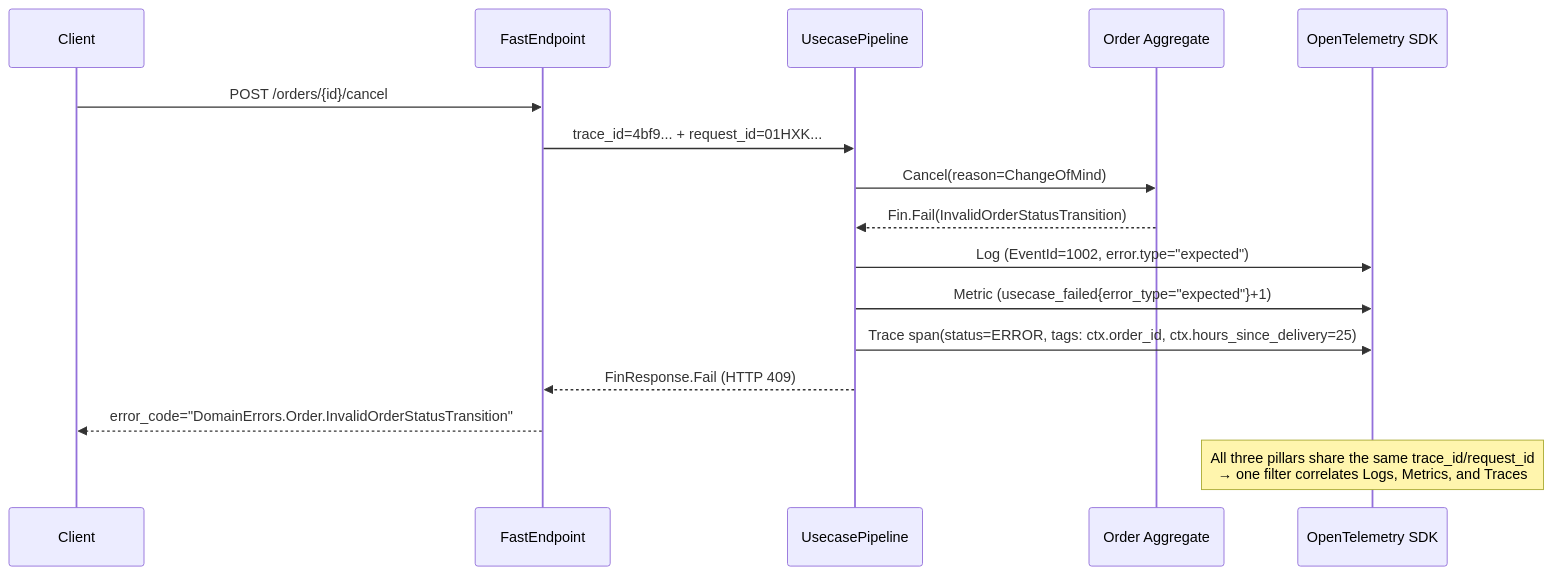
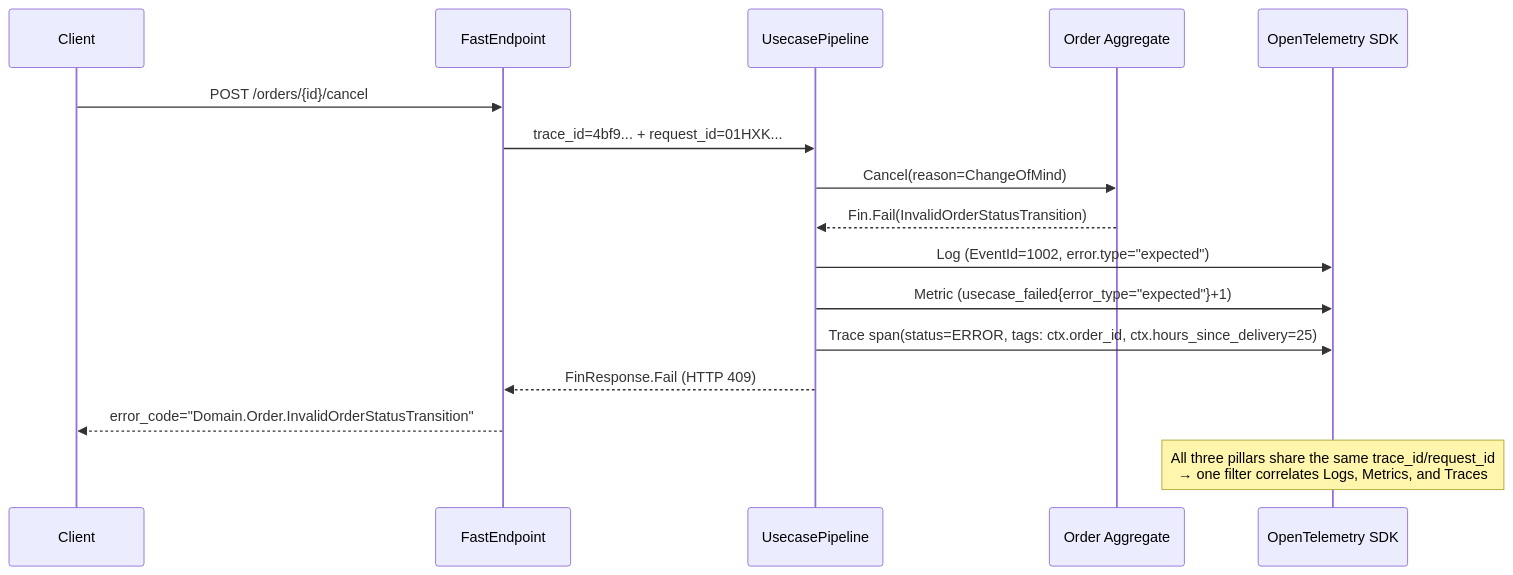
One commit to hhko/Functorium changed the second of 2 diagrams in README.md. Above: the diagram before and after it, drawn with Mermaid. The commit also changed other lines of this file and 145 other files, not shown here.

````diff
--- a/README.md
+++ b/README.md
@@ -503,20 +503,20 @@
 ```mermaid
 sequenceDiagram
   participant C as Client
   participant EP as FastEndpoint
   participant PL as UsecasePipeline
   participant AG as Order Aggregate
   participant OT as OpenTelemetry SDK
 
   C->>EP: POST /orders/{id}/cancel
   EP->>PL: trace_id=4bf9... + request_id=01HXK...
   PL->>AG: Cancel(reason=ChangeOfMind)
   AG-->>PL: Fin.Fail(InvalidOrderStatusTransition)
   PL->>OT: Log (EventId=1002, error.type="expected")
   PL->>OT: Metric (usecase_failed{error_type="expected"}+1)
   PL->>OT: Trace span(status=ERROR, tags: ctx.order_id, ctx.hours_since_delivery=25)
   PL-->>EP: FinResponse.Fail (HTTP 409)
-  EP-->>C: error_code="DomainErrors.Order.InvalidOrderStatusTransition"
+  EP-->>C: error_code="Domain.Order.InvalidOrderStatusTransition"
 
   Note over OT: All three pillars share the same trace_id/request_id<br/>→ one filter correlates Logs, Metrics, and Traces
 ```
````
